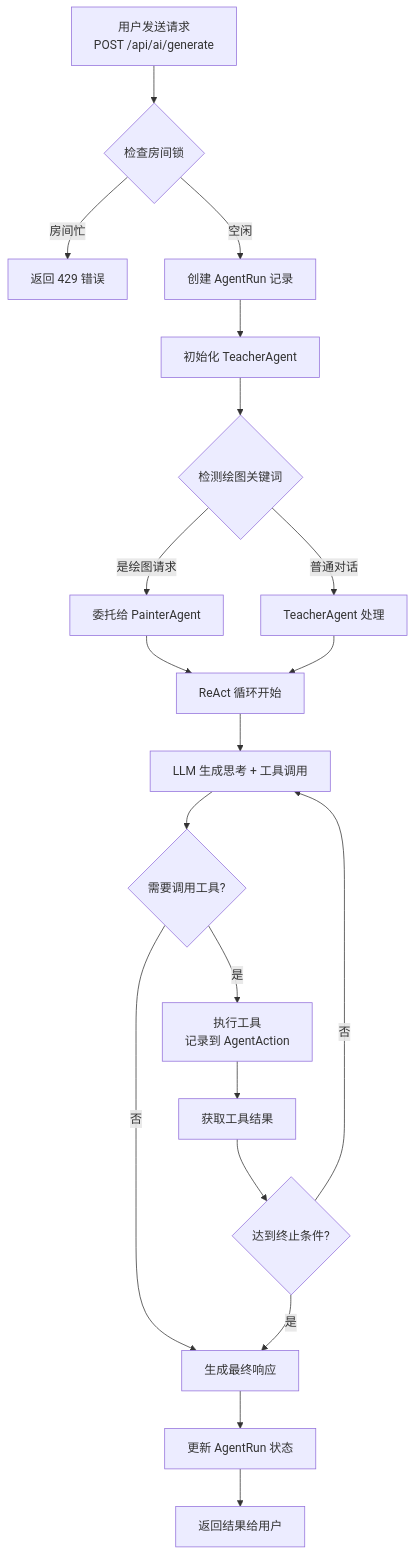
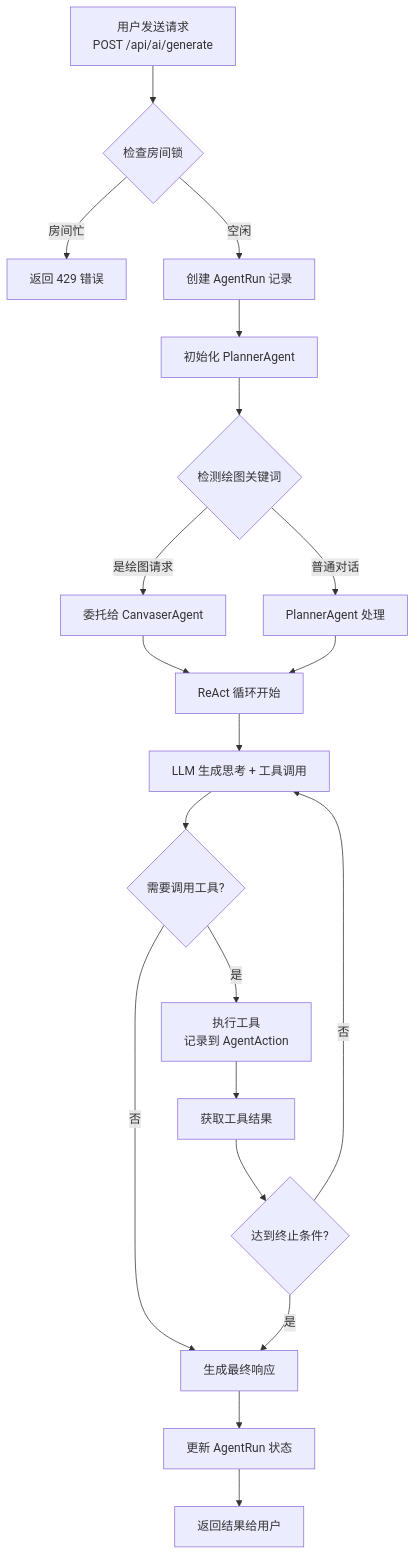
One commit to litroenade/SyncCanvas changed the first of 4 diagrams in docs/ai_agent.md. Above: the diagram before and after it, drawn with Mermaid. The commit also changed other lines of this file and 1 other file, not shown here.

````diff
--- a/docs/ai_agent.md
+++ b/docs/ai_agent.md
@@ -50,25 +50,25 @@
 ```mermaid
 flowchart TD
     A[用户发送请求<br/>POST /api/ai/generate] --> B{检查房间锁}
     B -->|房间忙| C[返回 429 错误]
     B -->|空闲| D[创建 AgentRun 记录]
-    D --> E[初始化 TeacherAgent]
+    D --> E[初始化 PlannerAgent]
     E --> F{检测绘图关键词}
-    F -->|是绘图请求| G[委托给 PainterAgent]
-    F -->|普通对话| H[TeacherAgent 处理]
+    F -->|是绘图请求| G[委托给 CanvaserAgent]
+    F -->|普通对话| H[PlannerAgent 处理]
 
     G --> I[ReAct 循环开始]
     H --> I
 
     I --> J[LLM 生成思考 + 工具调用]
     J --> K{需要调用工具?}
     K -->|是| L[执行工具<br/>记录到 AgentAction]
     L --> M[获取工具结果]
     M --> N{达到终止条件?}
     K -->|否| O[生成最终响应]
     N -->|否| J
     N -->|是| O
 
     O --> P[更新 AgentRun 状态]
     P --> Q[返回结果给用户]
 ```
````
